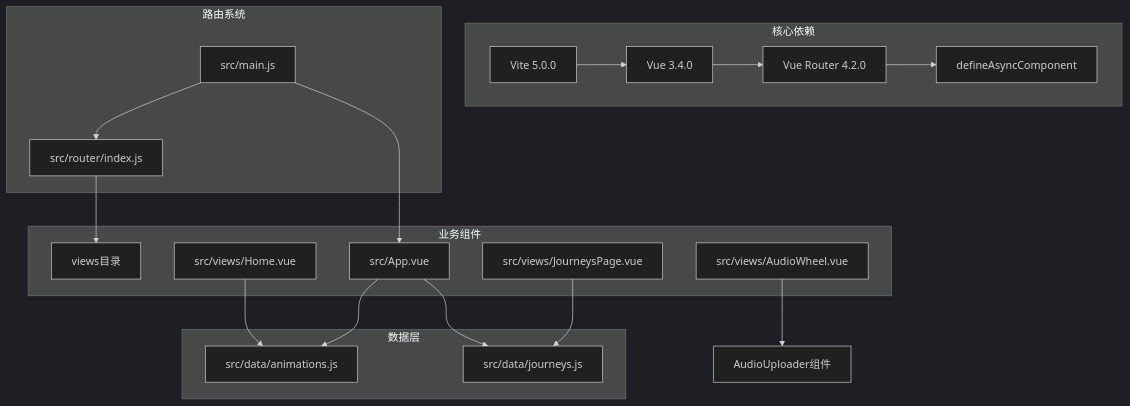
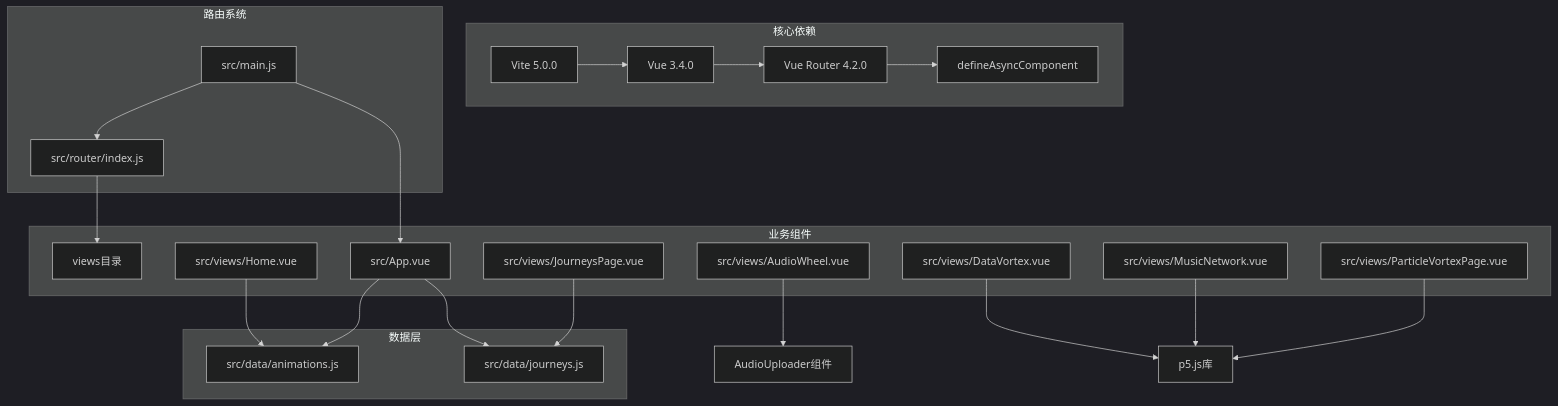
One commit to yuyezhizhi/yuyezhizhi.github.io changed diagram 12 of 13 in .qoder/repowiki/zh/content/路由系统更新.md. Above: the diagram before and after it, drawn with Mermaid (dark theme). The commit also changed other lines of this file and 14 other files, not shown here.

````diff
--- a/.qoder/repowiki/zh/content/路由系统更新.md
+++ b/.qoder/repowiki/zh/content/路由系统更新.md
@@ -391,35 +465,41 @@
 ```mermaid
 graph TB
 subgraph "核心依赖"
 Vue[Vue 3.4.0]
 VueRouter[Vue Router 4.2.0]
 Vite[Vite 5.0.0]
 DefineAsyncComponent[defineAsyncComponent]
 end
 subgraph "路由系统"
 RouterIndex[src/router/index.js]
 MainEntry[src/main.js]
 end
 subgraph "业务组件"
 AppVue[src/App.vue]
 HomeVue[src/views/Home.vue]
 Views[views目录]
 JourneysPageVue[src/views/JourneysPage.vue]
 AudioWheelVue[src/views/AudioWheel.vue]
+DataVortexVue[src/views/DataVortex.vue]
+MusicNetworkVue[src/views/MusicNetwork.vue]
+ParticleVortexVue[src/views/ParticleVortexPage.vue]
 end
 subgraph "数据层"
 AnimationsJS[src/data/animations.js]
 JourneysJS[src/data/journeys.js]
 end
 Vue --> VueRouter
 VueRouter --> DefineAsyncComponent
 Vite --> Vue
 MainEntry --> RouterIndex
 MainEntry --> AppVue
 RouterIndex --> Views
 AppVue --> AnimationsJS
 AppVue --> JourneysJS
 HomeVue --> AnimationsJS
 JourneysPageVue --> JourneysJS
 AudioWheelVue --> AudioUploader[AudioUploader组件]
+DataVortexVue --> P5Library[p5.js库]
+MusicNetworkVue --> P5Library
+ParticleVortexVue --> P5Library
 ```
````
